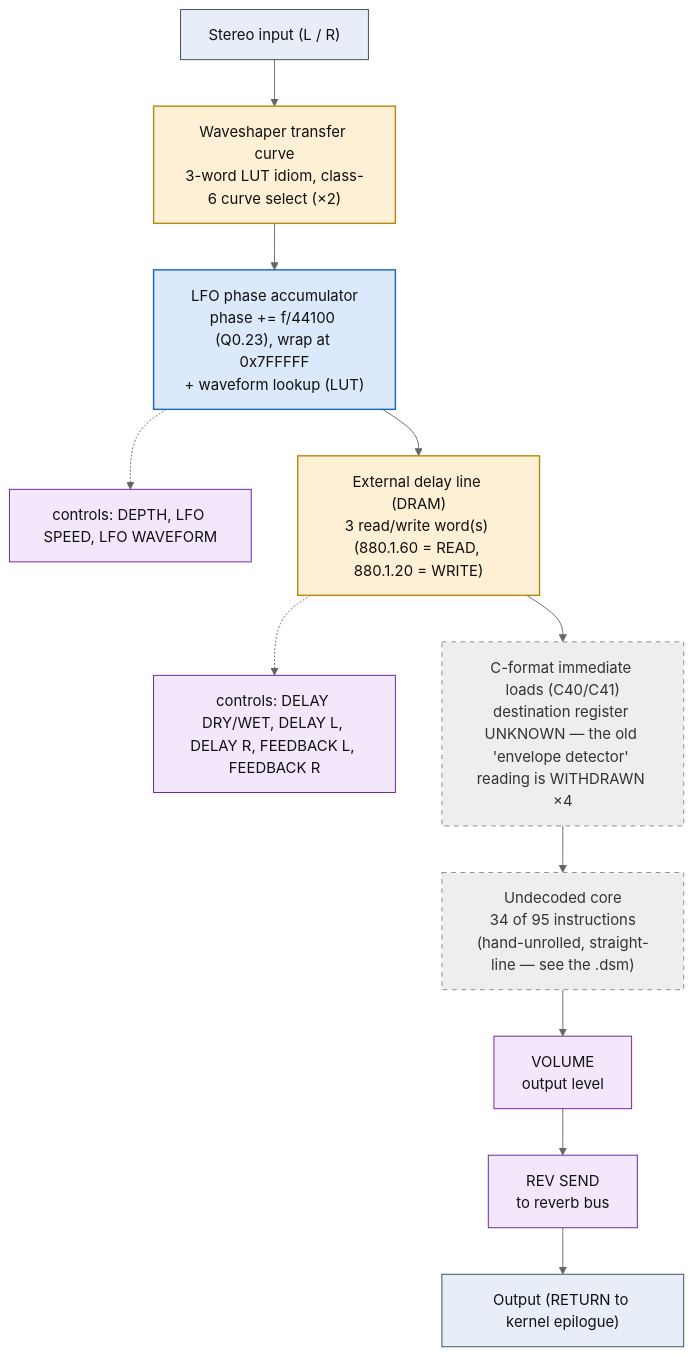
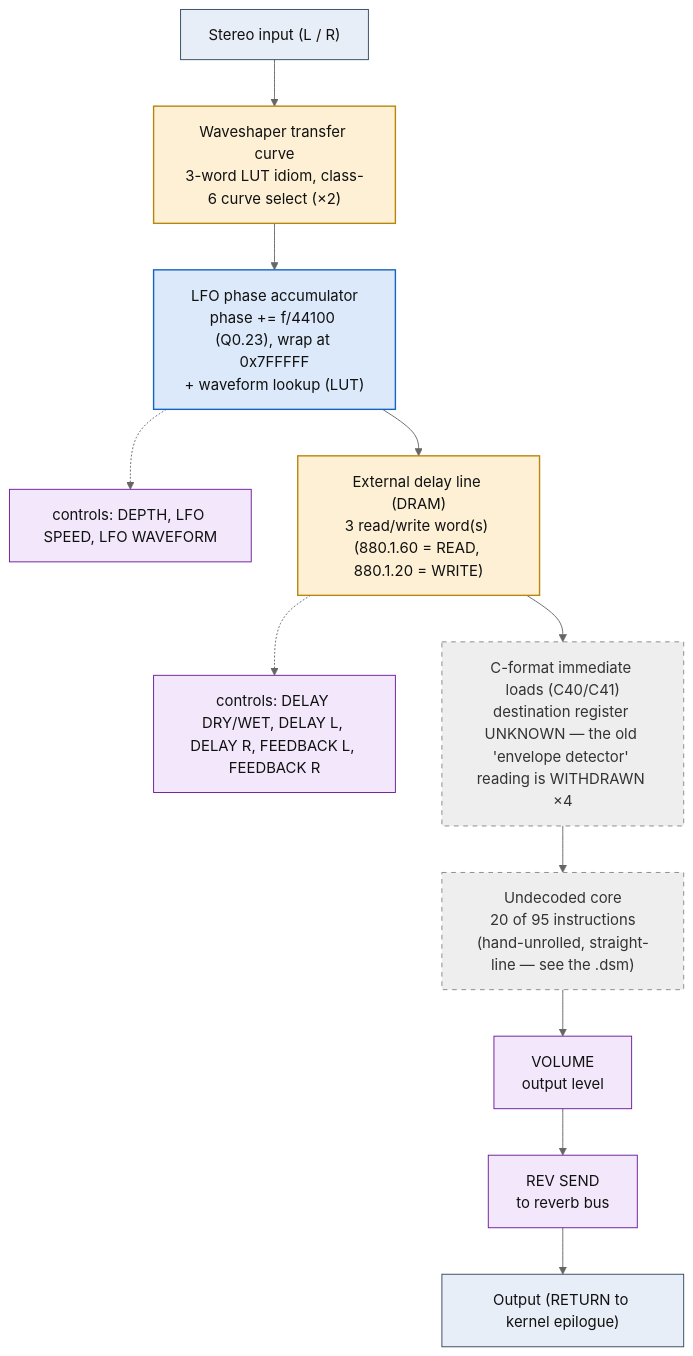
The diagram in dsp/flowcharts/prog64_s_delay_chorus.md (ArqueologiaDigital/kn5000-roms-disasm), drawn with Mermaid (neutral theme) before and after one commit. The commit also changed other lines of this file and 78 other files, not shown here.

````diff
--- a/dsp/flowcharts/prog64_s_delay_chorus.md
+++ b/dsp/flowcharts/prog64_s_delay_chorus.md
@@ -12,36 +12,36 @@
 ```mermaid
 flowchart TD
     N0["Stereo input (L / R)"]
     N1["Waveshaper transfer curve<br/>3-word LUT idiom, class-6 curve select (&times;2)"]
     N0 --> N1
     N2["LFO phase accumulator<br/>phase += f/44100 (Q0.23), wrap at 0x7FFFFF<br/>+ waveform lookup (LUT)"]
     N1 --> N2
     N3["controls: DEPTH, LFO SPEED, LFO WAVEFORM"]
     N2 -.-> N3
     N4["External delay line (DRAM)<br/>3 read/write word(s) (880.1.60 = READ, 880.1.20 = WRITE)"]
     N2 --> N4
     N5["controls: DELAY DRY/WET, DELAY L, DELAY R, FEEDBACK L, FEEDBACK R"]
     N4 -.-> N5
     N6["C-format immediate loads (C40/C41)<br/>destination register UNKNOWN &mdash; the old 'envelope detector' reading is WITHDRAWN &times;4"]
     N4 --> N6
-    N7["Undecoded core<br/>34 of 95 instructions<br/>(hand-unrolled, straight-line &mdash; see the .dsm)"]
+    N7["Undecoded core<br/>20 of 95 instructions<br/>(hand-unrolled, straight-line &mdash; see the .dsm)"]
     N6 --> N7
     N8["VOLUME<br/>output level"]
     N7 --> N8
     N9["REV SEND<br/>to reverb bus"]
     N8 --> N9
     N10["Output (RETURN to kernel epilogue)"]
     N9 --> N10
 
     classDef io fill:#e8eef7,stroke:#33475b,stroke-width:1px,color:#111;
     classDef proven fill:#d7f0d7,stroke:#2e7d32,stroke-width:2px,color:#111;
     classDef measured fill:#dbe9fb,stroke:#1565c0,stroke-width:1.5px,color:#111;
     classDef inferred fill:#fdf0d5,stroke:#b8860b,stroke-width:1.5px,color:#111;
     classDef open fill:#eeeeee,stroke:#888,stroke-width:1px,color:#333,stroke-dasharray:5 5;
     classDef ctrl fill:#f3e8fb,stroke:#6a1b9a,stroke-width:1px,color:#111;
     class N0,N10 io;
     class N1,N4 inferred;
     class N2 measured;
     class N3,N5,N8,N9 ctrl;
     class N6,N7 open;
 ```
````
